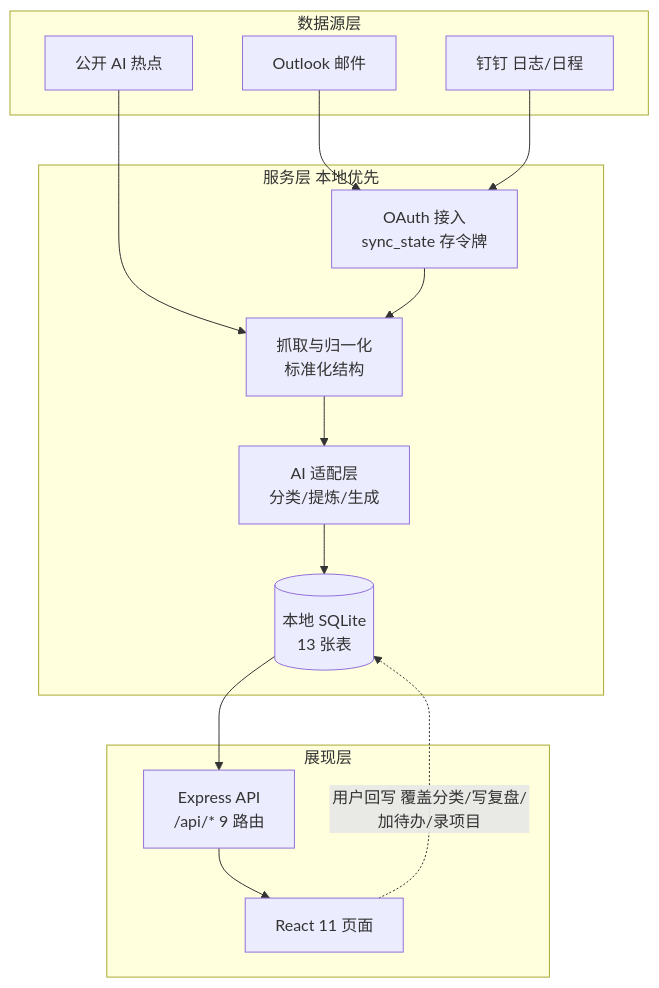
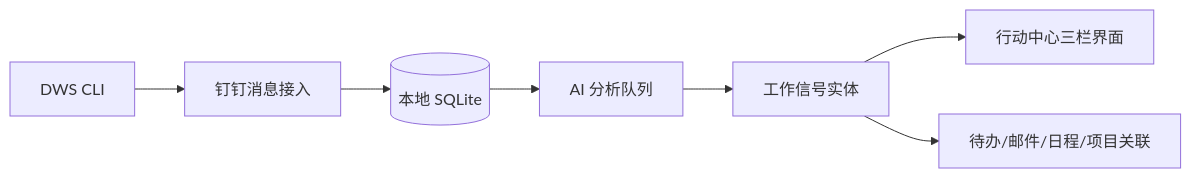
Before and after one commit to WangYehen/workbench: the diagram in README.md, drawn with Mermaid. The commit also changed other lines of this file and 15 other files, not shown here.

````diff
--- a/README.md
+++ b/README.md
@@ -22,25 +20,9 @@
 ```mermaid
-flowchart TD
-  subgraph SRC[数据源层]
-    OL[Outlook 邮件]
-    DD[钉钉 日志/日程]
-    AH[公开 AI 热点]
-  end
-  subgraph SVC[服务层 本地优先]
-    OA[OAuth 接入\nsync_state 存令牌]
-    ET[抓取与归一化\n标准化结构]
-    AI[AI 适配层\n分类/提炼/生成]
-    DB[(本地 SQLite\n13 张表)]
-  end
-  subgraph UI[展现层]
-    API[Express API\n/api/* 9 路由]
-    PAGES[React 11 页面]
-  end
-
-  OL --> OA
-  DD --> OA
-  AH --> ET
-  OA --> ET --> AI --> DB
-  DB --> API --> PAGES
-  PAGES -. 用户回写 覆盖分类/写复盘/加待办/录项目 .-> DB
+flowchart LR
+  DWS[DWS CLI] --> CHAT[钉钉消息接入]
+  CHAT --> DB[(本地 SQLite)]
+  DB --> QUEUE[AI 分析队列]
+  QUEUE --> SIGNAL[工作信号实体]
+  SIGNAL --> UI[行动中心三栏界面]
+  SIGNAL --> TODO[待办/邮件/日程/项目关联]
 ```
````
